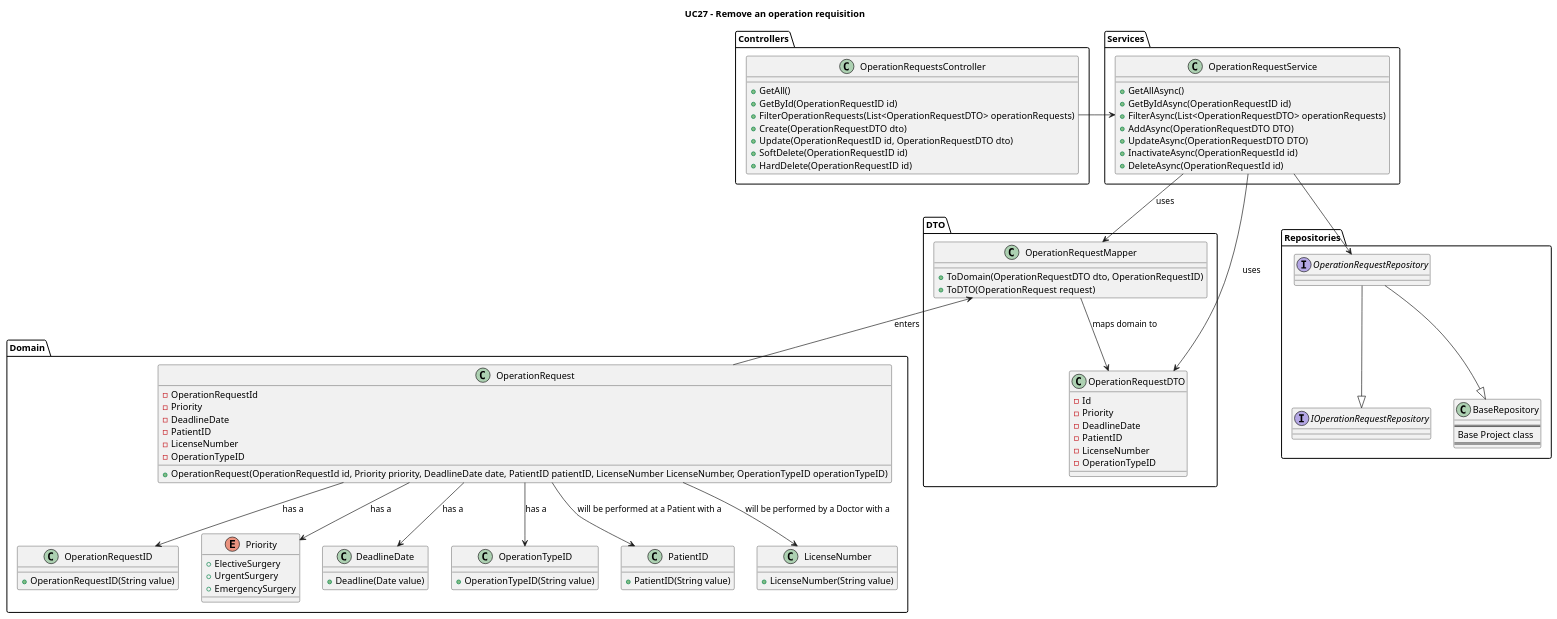
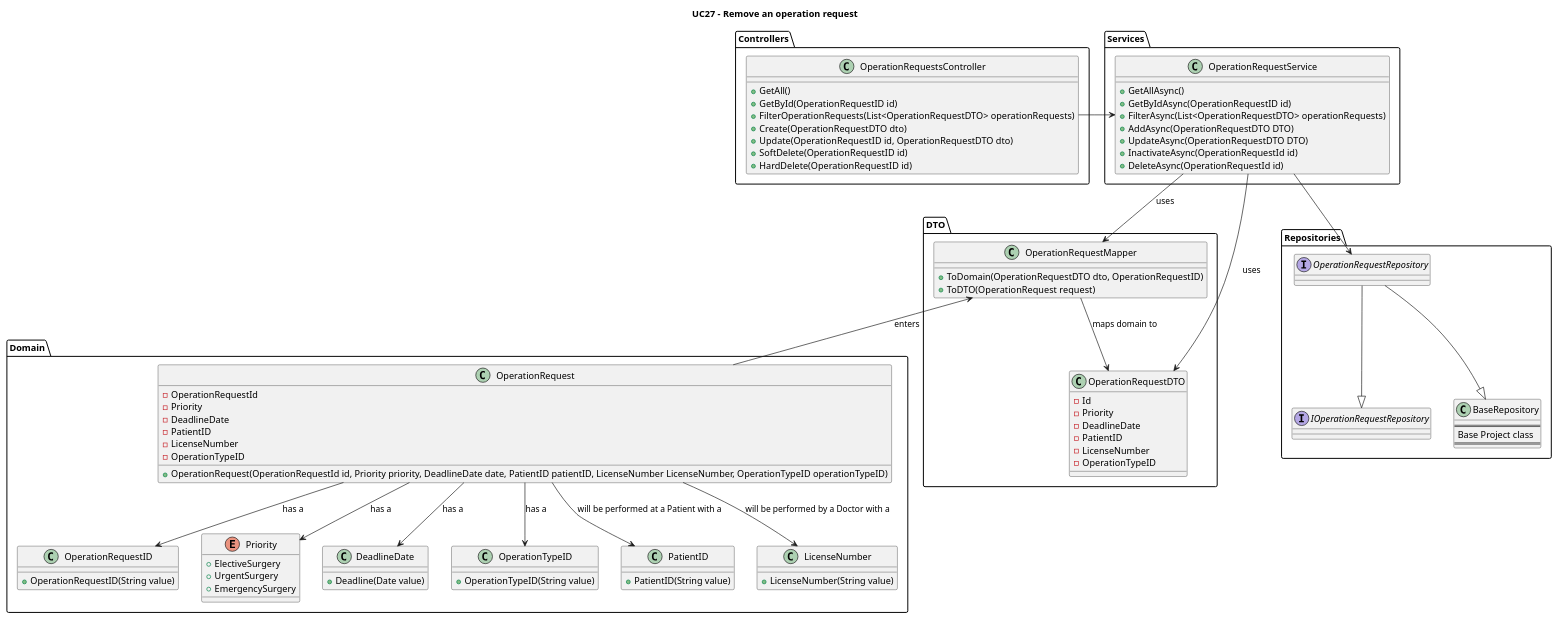
One commit to MiguelCardoso77/SurgicalSync-BackEnd changed the diagram in Wiki/SprintA/diagrams/use-cases/27-remove-an-operation-requisition/class-diagram.puml. Above: the diagram before and after it, drawn with PlantUML. The commit also changed 8 other files, not shown here.

```diff
--- a/Wiki/SprintA/diagrams/use-cases/27-remove-an-operation-requisition/class-diagram.puml
+++ b/Wiki/SprintA/diagrams/use-cases/27-remove-an-operation-requisition/class-diagram.puml
@@ -1,123 +1,123 @@
 @startuml
 
-Title "UC27 - Remove an operation requisition"
+Title "UC27 - Remove an operation request"
 
 package "Domain"{
 
 class OperationRequest{
     - OperationRequestId
     - Priority
     - DeadlineDate
     - PatientID
     - LicenseNumber
     - OperationTypeID
     + OperationRequest(OperationRequestId id, Priority priority, DeadlineDate date, PatientID patientID, LicenseNumber LicenseNumber, OperationTypeID operationTypeID)
 }
 
 class OperationRequestID{
     + OperationRequestID(String value)
 }
 
 Enum Priority{
     + ElectiveSurgery
     + UrgentSurgery
     + EmergencySurgery
 }
 
 class DeadlineDate{
     + Deadline(Date value)
 }
 
 class OperationTypeID{
     + OperationTypeID(String value)
 }
 
 class PatientID{
     + PatientID(String value)
 }
 
 class LicenseNumber{
     + LicenseNumber(String value)
 }
 
 }
 
 package "DTO"{
 
 class OperationRequestDTO{
     - Id
     - Priority
     - DeadlineDate
     - PatientID
     - LicenseNumber
     - OperationTypeID
 }
 
 class OperationRequestMapper{
     + ToDomain(OperationRequestDTO dto, OperationRequestID)
     + ToDTO(OperationRequest request)
 }
 }
 
 package "Controllers"{
 
 class OperationRequestsController{
     + GetAll()
     + GetById(OperationRequestID id)
     + FilterOperationRequests(List<OperationRequestDTO> operationRequests)
     + Create(OperationRequestDTO dto)
     + Update(OperationRequestID id, OperationRequestDTO dto)
     + SoftDelete(OperationRequestID id)
     + HardDelete(OperationRequestID id)
 }
 
 }
 
 package "Services"{
     class OperationRequestService{
         + GetAllAsync()
         + GetByIdAsync(OperationRequestID id)
         + FilterAsync(List<OperationRequestDTO> operationRequests)
         + AddAsync(OperationRequestDTO DTO)
         + UpdateAsync(OperationRequestDTO DTO)
         + InactivateAsync(OperationRequestId id)
         + DeleteAsync(OperationRequestId id)
     }
 }
 
 package "Repositories"{
 
 interface IOperationRequestRepository{
 }
 
 interface OperationRequestRepository{
 }
 
 class BaseRepository{
 ====
 Base Project class
 ====
 }
 
 }
 
 OperationRequestsController -> OperationRequestService
 OperationRequestService --> OperationRequestMapper : uses
 OperationRequestService --> OperationRequestDTO : uses
 
 OperationRequestMapper --> OperationRequestDTO : maps domain to
 OperationRequestMapper <-- OperationRequest : enters
 
 OperationRequest --> OperationRequestID : has a
 OperationRequest --> Priority : has a
 OperationRequest --> DeadlineDate : has a
 OperationRequest --> PatientID : will be performed at a Patient with a 
 OperationRequest --> LicenseNumber : will be performed by a Doctor with a
 OperationRequest --> OperationTypeID : has a
 
 OperationRequestService --> OperationRequestRepository
 
 OperationRequestRepository --|> BaseRepository
 OperationRequestRepository --|> IOperationRequestRepository
 
 @enduml
```
